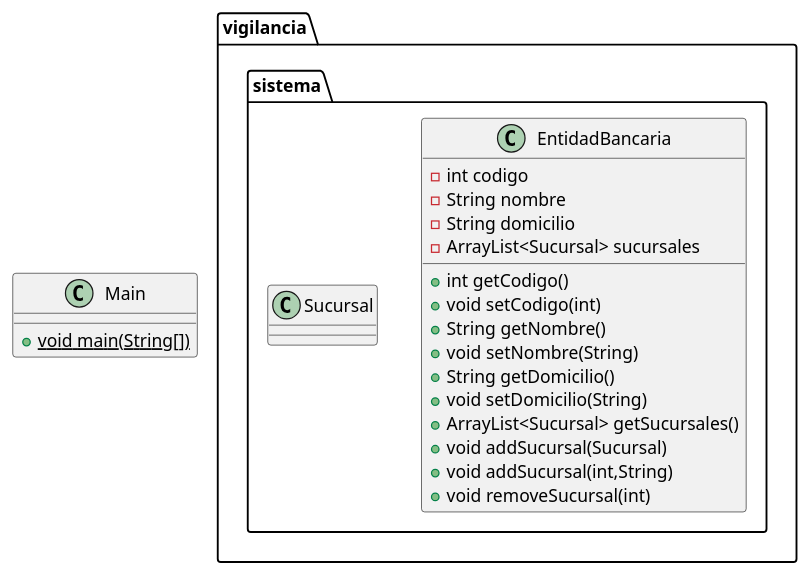
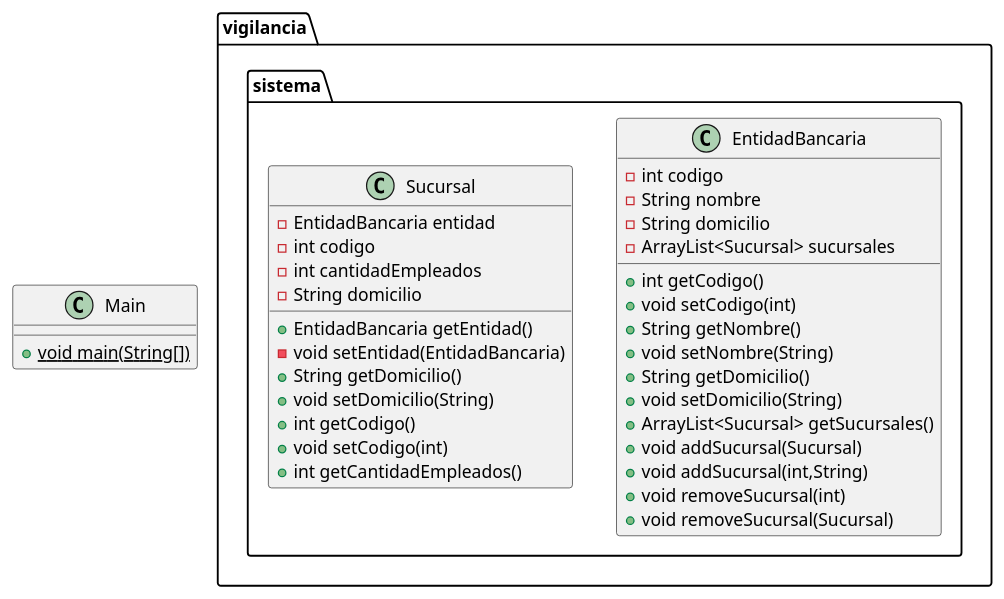
One commit to davinci-as/SistemaSucursales changed the diagram in class_diagram.puml. Above: the diagram before and after it, drawn with PlantUML. The commit also changed 4 other files, not shown here.

```diff
--- a/class_diagram.puml
+++ b/class_diagram.puml
@@ -1,26 +1,40 @@
 @startuml
 class vigilancia.sistema.EntidadBancaria {
 - int codigo
 - String nombre
 - String domicilio
 - ArrayList<Sucursal> sucursales
 + int getCodigo()
 + void setCodigo(int)
 + String getNombre()
 + void setNombre(String)
 + String getDomicilio()
 + void setDomicilio(String)
 + ArrayList<Sucursal> getSucursales()
 + void addSucursal(Sucursal)
 + void addSucursal(int,String)
 + void removeSucursal(int)
++ void removeSucursal(Sucursal)
 }
 
 
 class vigilancia.sistema.Sucursal {
+- EntidadBancaria entidad
+- int codigo
+- int cantidadEmpleados
+- String domicilio
++ EntidadBancaria getEntidad()
+- void setEntidad(EntidadBancaria)
++ String getDomicilio()
++ void setDomicilio(String)
++ int getCodigo()
++ void setCodigo(int)
++ int getCantidadEmpleados()
 }
+
+
 class Main {
 + {static} void main(String[])
 }
 
 @enduml
```
